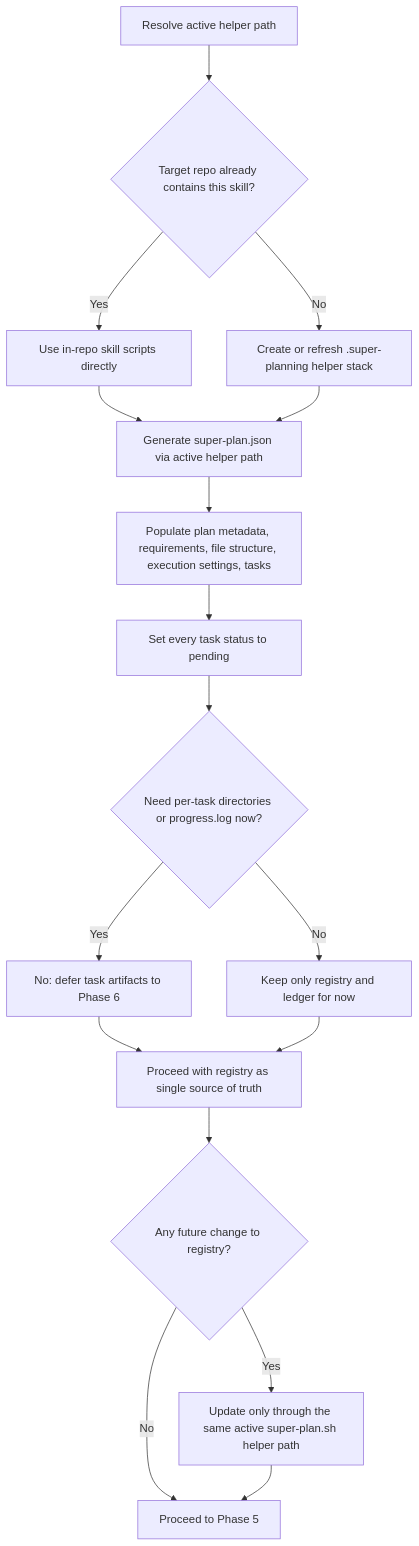
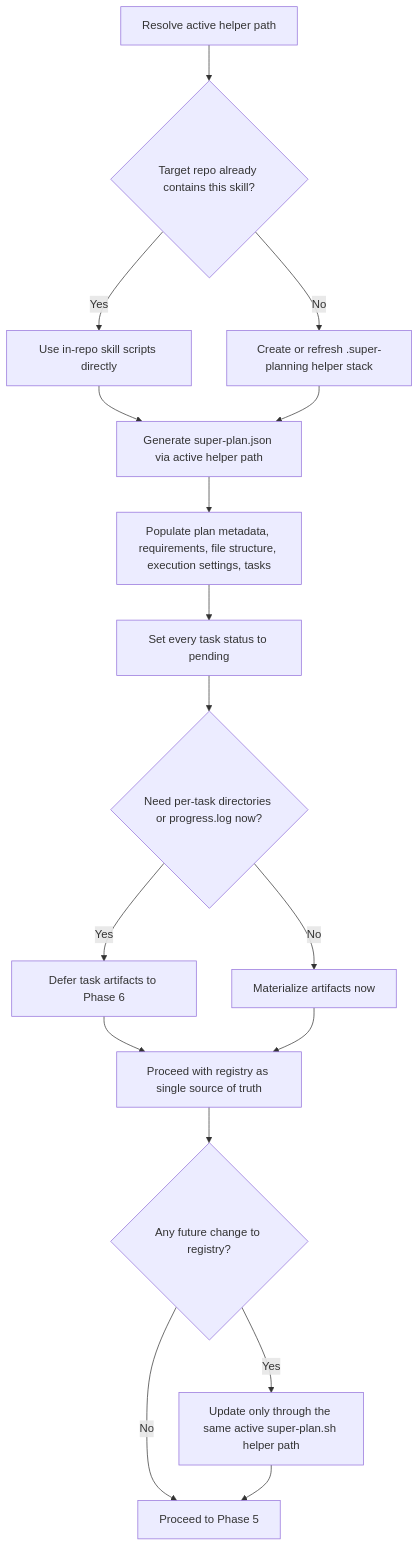
Before and after one commit to gugacarbo/agents-skills: the sixth of 11 diagrams in super-planning/docs/AGENT-DECISION-FLOW.md, drawn with Mermaid. The commit also changed other lines of this file and 41 other files, not shown here.

````diff
--- a/super-planning/docs/AGENT-DECISION-FLOW.md
+++ b/super-planning/docs/AGENT-DECISION-FLOW.md
@@ -122,19 +119,19 @@
 ```mermaid
 flowchart TD
     A["Resolve active helper path"] --> B{"Target repo already contains this skill?"}
     B -->|Yes| C["Use in-repo skill scripts directly"]
     B -->|No| D["Create or refresh .super-planning helper stack"]
     C --> E["Generate super-plan.json via active helper path"]
     D --> E
     E --> F["Populate plan metadata, requirements, file structure, execution settings, tasks"]
     F --> G["Set every task status to pending"]
     G --> H{"Need per-task directories or progress.log now?"}
-    H -->|Yes| I["No: defer task artifacts to Phase 6"]
-    H -->|No| J["Keep only registry and ledger for now"]
+    H -->|Yes| I["Defer task artifacts to Phase 6"]
+    H -->|No| J["Materialize artifacts now"]
     I --> K["Proceed with registry as single source of truth"]
     J --> K
     K --> L{"Any future change to registry?"}
     L -->|Yes| M["Update only through the same active super-plan.sh helper path"]
     L -->|No| N["Proceed to Phase 5"]
     M --> N
 ```
````
